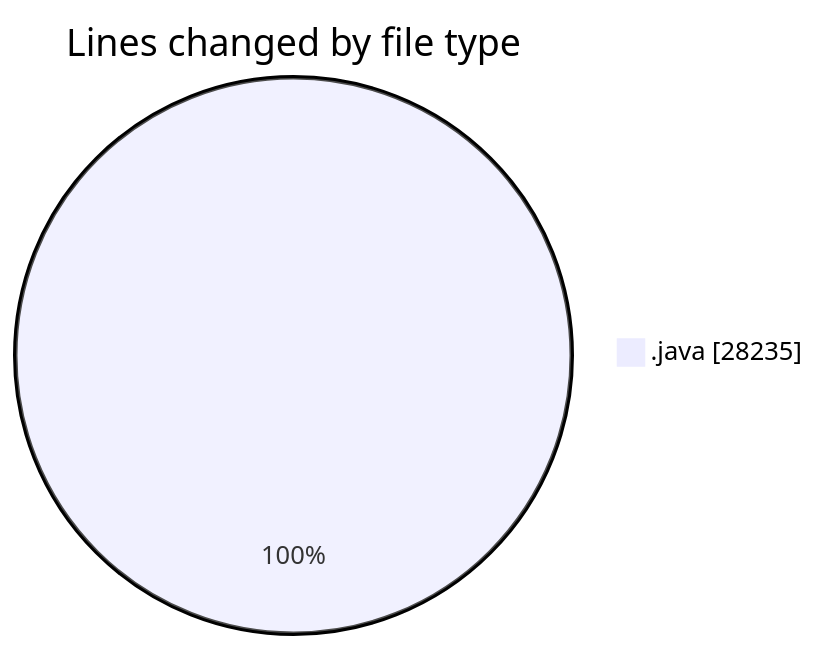
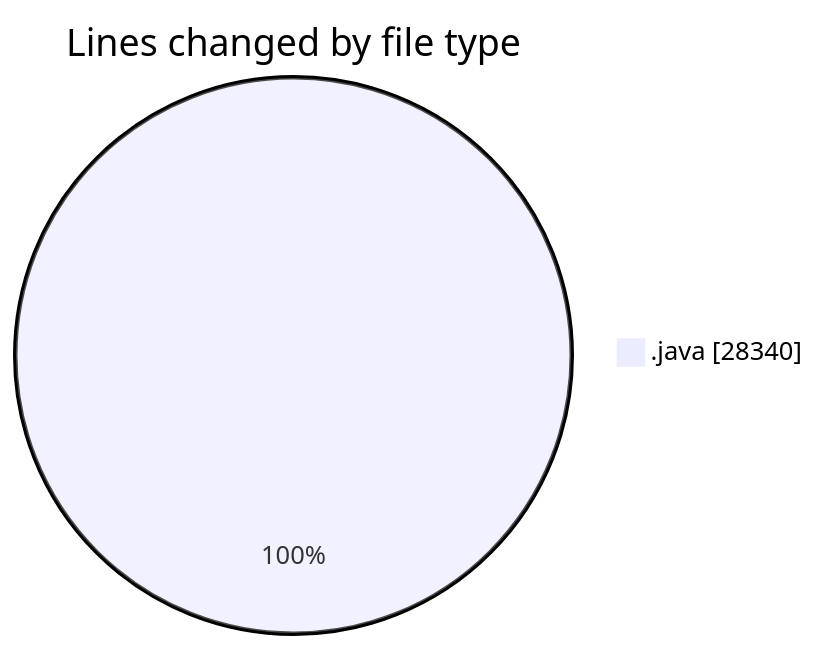
One commit to ricardozamudiocil/code-tracking changed the first of 2 diagrams in 2026-05-19/cilapp/README.md. Above: the diagram before and after it, drawn with Mermaid. The commit also changed other lines of this file and 1 other file, not shown here.

````diff
--- a/2026-05-19/cilapp/README.md
+++ b/2026-05-19/cilapp/README.md
@@ -24,5 +25,5 @@
 ```mermaid
 pie showData
 title Lines changed by file type
-".java" : 28235
+".java" : 28340
 ```
````
